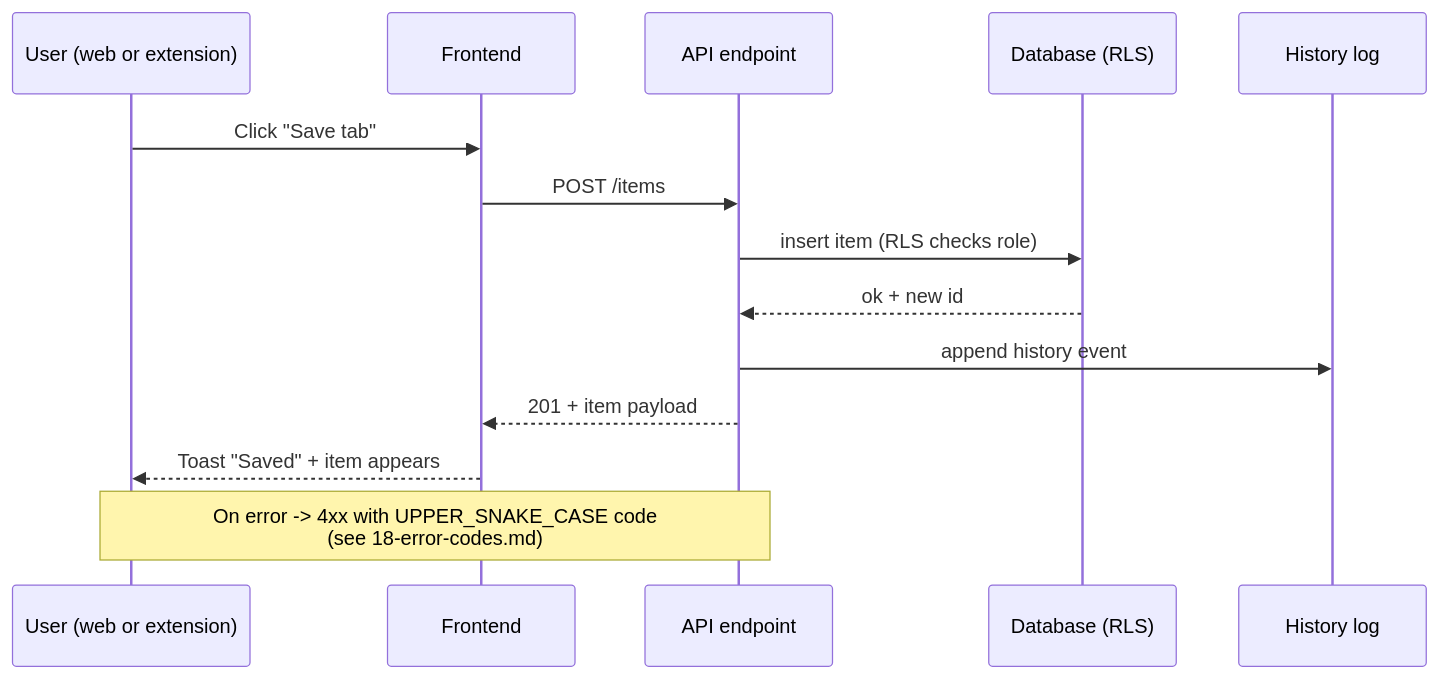
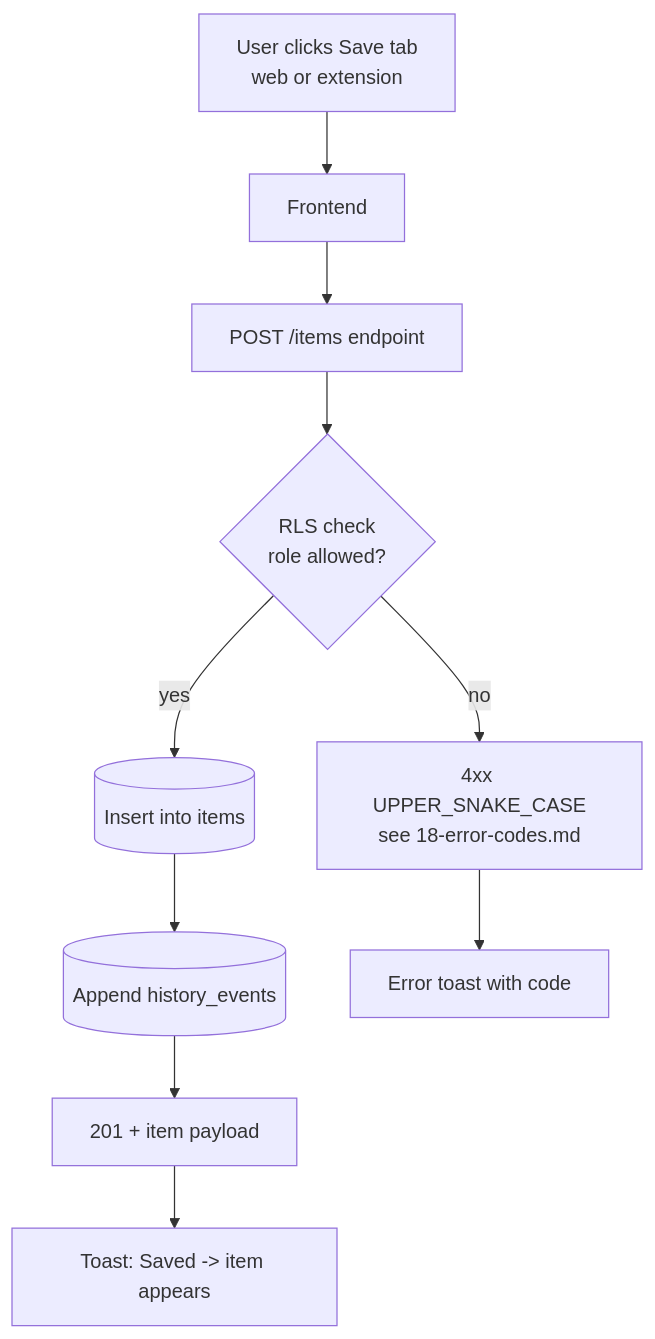
One commit to alimtvnetwork/letsmarknow-v2 changed the diagram in spec/21-app/03-api-endpoints/flow-diagram.mmd. Above: the diagram before and after it, drawn with Mermaid. The commit also changed 4 other files, not shown here.

```diff
--- a/spec/21-app/03-api-endpoints/flow-diagram.mmd
+++ b/spec/21-app/03-api-endpoints/flow-diagram.mmd
@@ -1,15 +1,10 @@
-sequenceDiagram
-    participant U as User (web or extension)
-    participant FE as Frontend
-    participant API as API endpoint
-    participant DB as Database (RLS)
-    participant LOG as History log
-
-    U->>FE: Click "Save tab"
-    FE->>API: POST /items
-    API->>DB: insert item (RLS checks role)
-    DB-->>API: ok + new id
-    API->>LOG: append history event
-    API-->>FE: 201 + item payload
-    FE-->>U: Toast "Saved" + item appears
-    Note over API,U: On error -> 4xx with UPPER_SNAKE_CASE code<br/>(see 18-error-codes.md)
+flowchart TD
+    U[User clicks Save tab<br/>web or extension] --> FE[Frontend]
+    FE --> API[POST /items endpoint]
+    API --> RLS{RLS check<br/>role allowed?}
+    RLS -->|no| ERR[4xx UPPER_SNAKE_CASE<br/>see 18-error-codes.md]
+    RLS -->|yes| DB[(Insert into items)]
+    DB --> LOG[(Append history_events)]
+    LOG --> RES[201 + item payload]
+    RES --> TOAST[Toast: Saved -> item appears]
+    ERR --> ETOAST[Error toast with code]
```
